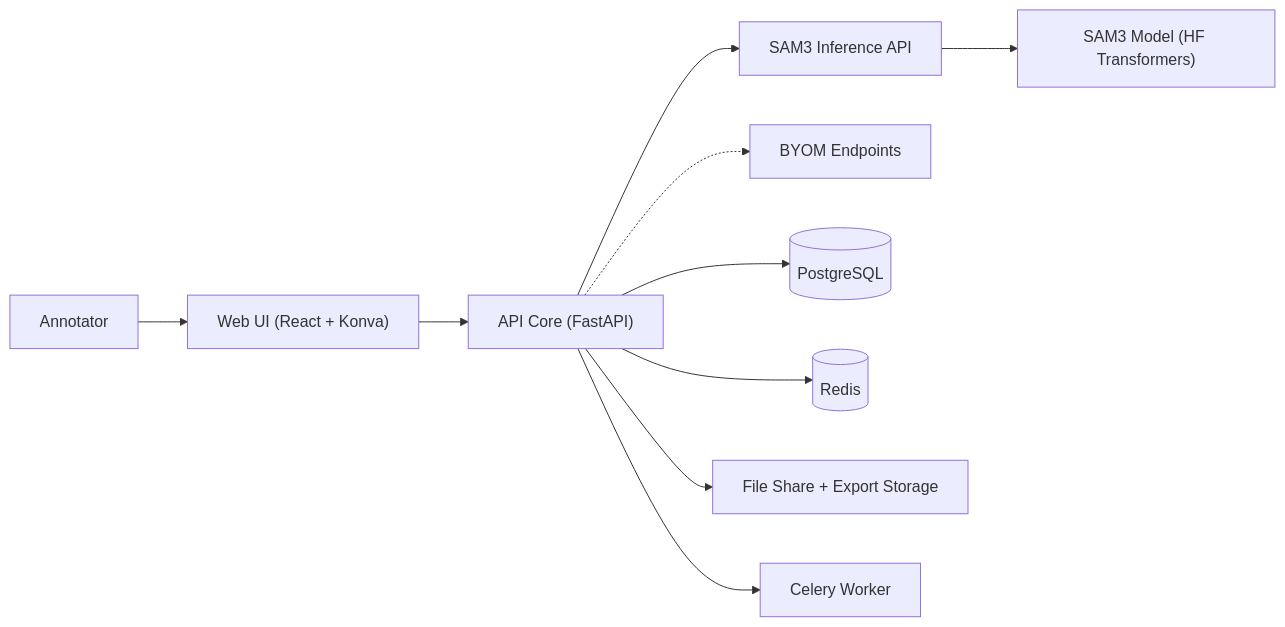
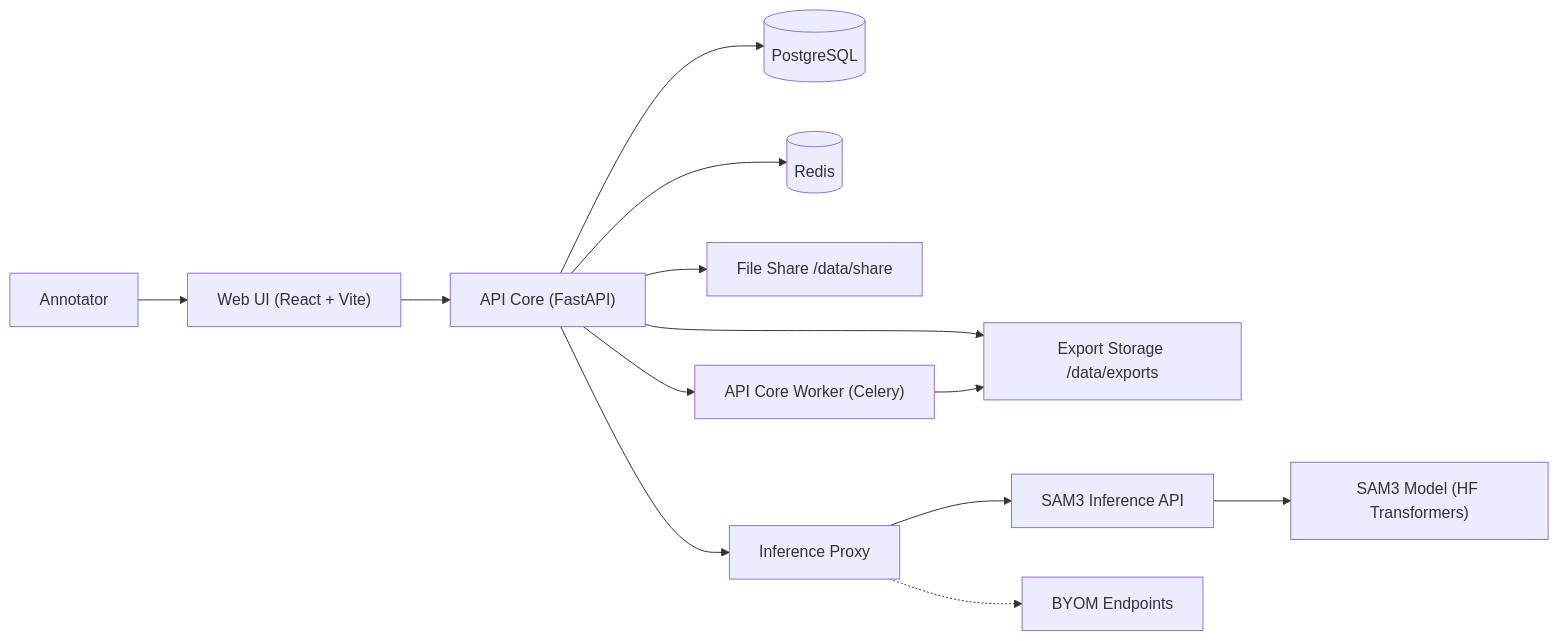
Before and after one commit to agfianf/annotate-anu: the diagram in README.md, drawn with Mermaid. The commit also changed other lines of this file and 8 other files, not shown here.

````diff
--- a/README.md
+++ b/README.md
@@ -46,14 +45,17 @@
 ```mermaid
 flowchart LR
-  user[Annotator] --> web["Web UI (React + Konva)"]
+  user["Annotator"] --> web["Web UI (React + Vite)"]
   web --> core["API Core (FastAPI)"]
-
-  core --> inference["SAM3 Inference API"]
-  inference --> sam3["SAM3 Model (HF Transformers)"]
-  core -.-> byom["BYOM Endpoints"]
 
   core --> db[(PostgreSQL)]
   core --> redis[(Redis)]
-  core --> storage["File Share + Export Storage"]
-  core --> worker["Celery Worker"]
+  core --> share["File Share /data/share"]
+  core --> exports["Export Storage /data/exports"]
+  core --> worker["API Core Worker (Celery)"]
+  worker --> exports
+
+  core --> proxy["Inference Proxy"]
+  proxy --> sam3["SAM3 Inference API"]
+  sam3 --> model["SAM3 Model (HF Transformers)"]
+  proxy -.-> byom["BYOM Endpoints"]
 ```
````
